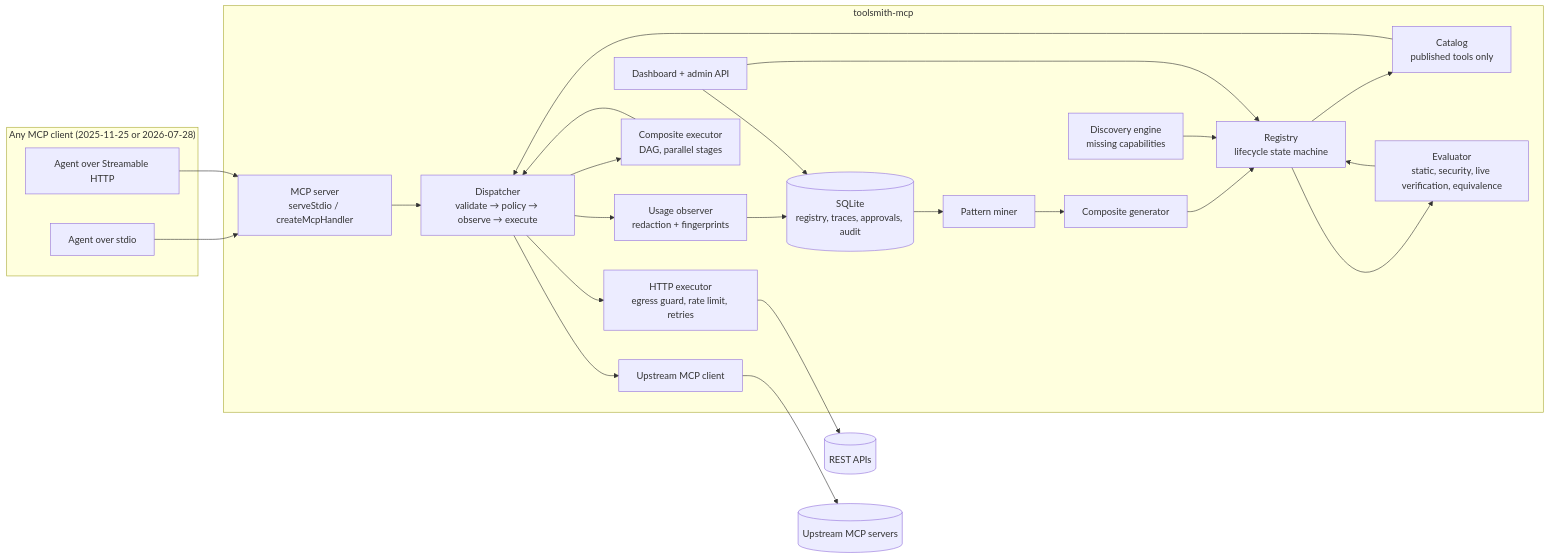
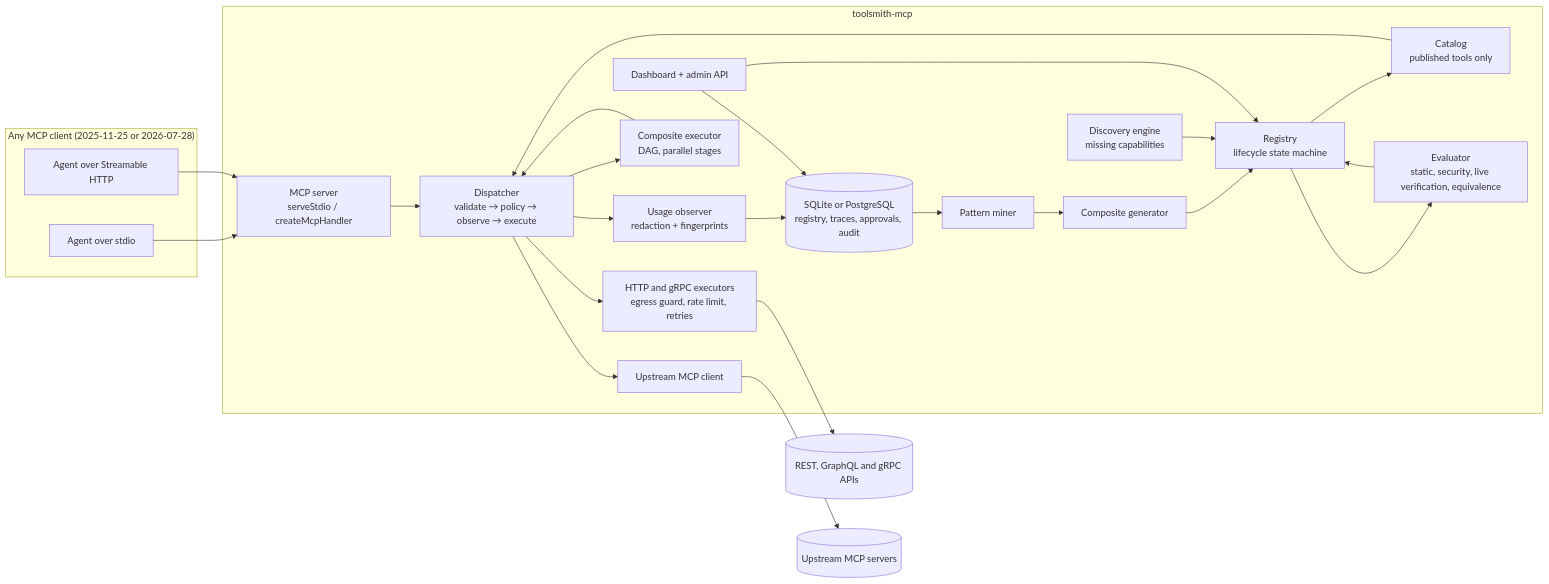
The first of 2 diagrams in docs/ARCHITECTURE.md (devlomingo/toolsmith-mcp), drawn with Mermaid before and after one commit. The commit also changed 6 other files, not shown here.

````diff
--- a/docs/ARCHITECTURE.md
+++ b/docs/ARCHITECTURE.md
@@ -9,37 +9,37 @@
 ```mermaid
 flowchart LR
   subgraph Clients["Any MCP client (2025-11-25 or 2026-07-28)"]
     A1[Agent over stdio]
     A2[Agent over Streamable HTTP]
   end
   subgraph GW["toolsmith-mcp"]
     S["MCP server<br/>serveStdio / createMcpHandler"]
     C[Catalog<br/>published tools only]
     D["Dispatcher<br/>validate → policy → observe → execute"]
-    X1[HTTP executor<br/>egress guard, rate limit, retries]
+    X1[HTTP and gRPC executors<br/>egress guard, rate limit, retries]
     X2[Upstream MCP client]
     X3[Composite executor<br/>DAG, parallel stages]
     O[Usage observer<br/>redaction + fingerprints]
-    DB[(SQLite<br/>registry, traces, approvals, audit)]
+    DB[(SQLite or PostgreSQL<br/>registry, traces, approvals, audit)]
     M[Pattern miner]
     G[Composite generator]
     E[Evaluator<br/>static, security, live verification, equivalence]
     Q[Discovery engine<br/>missing capabilities]
     R[Registry<br/>lifecycle state machine]
     UI[Dashboard + admin API]
   end
-  API[(REST APIs)]
+  API[(REST, GraphQL and gRPC APIs)]
   UP[(Upstream MCP servers)]
   A1 & A2 --> S --> D
   C --> D
   D --> X1 --> API
   D --> X2 --> UP
   D --> X3 --> D
   D --> O --> DB
   DB --> M --> G --> R
   Q --> R
   R --> E --> R
   R --> C
   UI --> R
   UI --> DB
 ```
````
